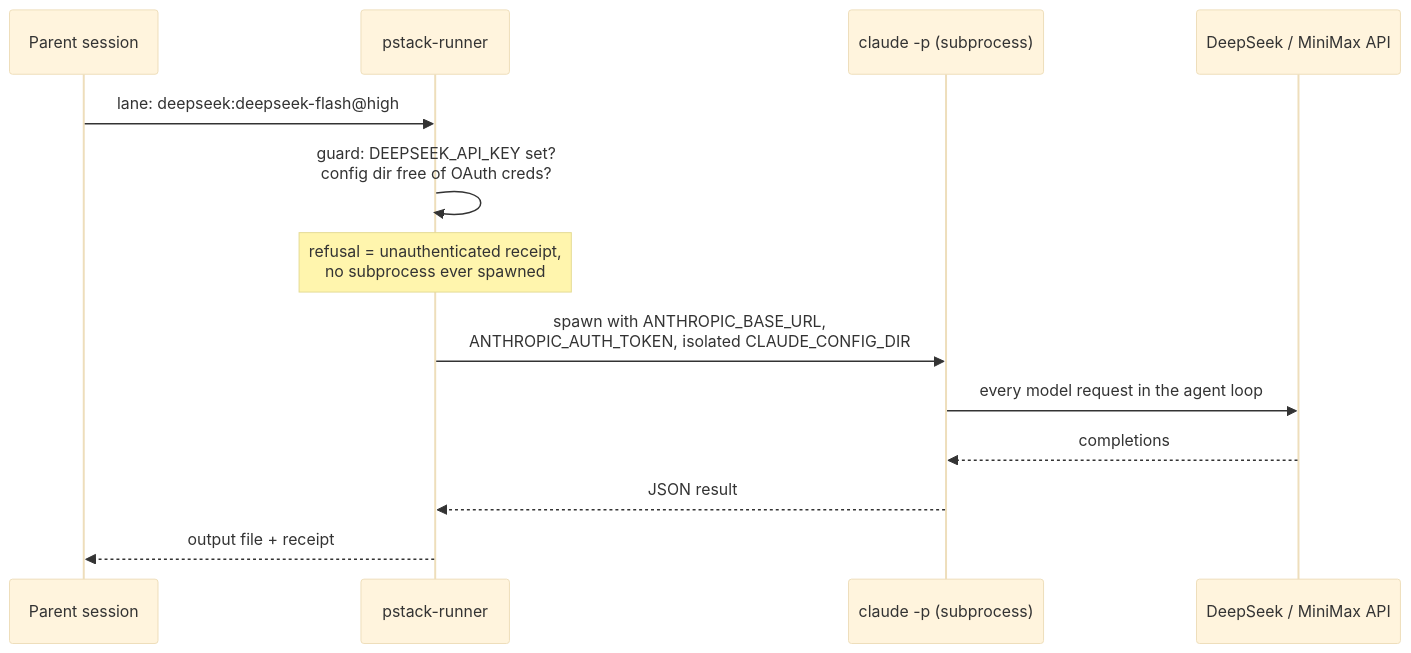
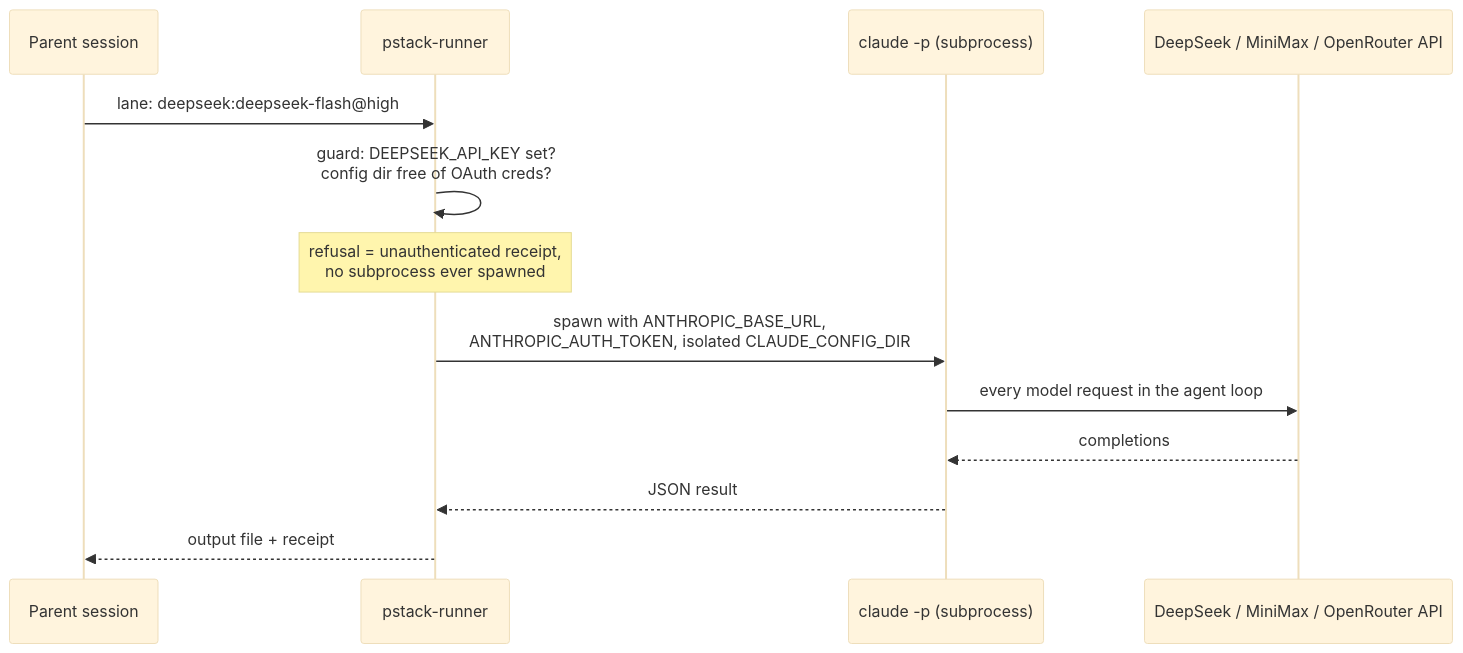
One commit to thisguymartin/pstack-flex changed the fourth of 4 diagrams in docs/USAGE.md. Above: the diagram before and after it, drawn with Mermaid (base theme). The commit also changed other lines of this file and 6 other files, not shown here.

First line of the commit message:
docs: document OpenRouter lanes and the any-model plan

````diff
--- a/docs/USAGE.md
+++ b/docs/USAGE.md
@@ -192,15 +196,15 @@
 ```mermaid
 sequenceDiagram
     participant P as Parent session
     participant R as pstack-runner
     participant C as claude -p (subprocess)
-    participant D as DeepSeek / MiniMax API
+    participant D as DeepSeek / MiniMax / OpenRouter API
     P->>R: lane: deepseek:deepseek-flash@high
     R->>R: guard: DEEPSEEK_API_KEY set?<br/>config dir free of OAuth creds?
     Note over R: refusal = unauthenticated receipt,<br/>no subprocess ever spawned
     R->>C: spawn with ANTHROPIC_BASE_URL,<br/>ANTHROPIC_AUTH_TOKEN, isolated CLAUDE_CONFIG_DIR
     C->>D: every model request in the agent loop
     D-->>C: completions
     C-->>R: JSON result
     R-->>P: output file + receipt
 ```
````
